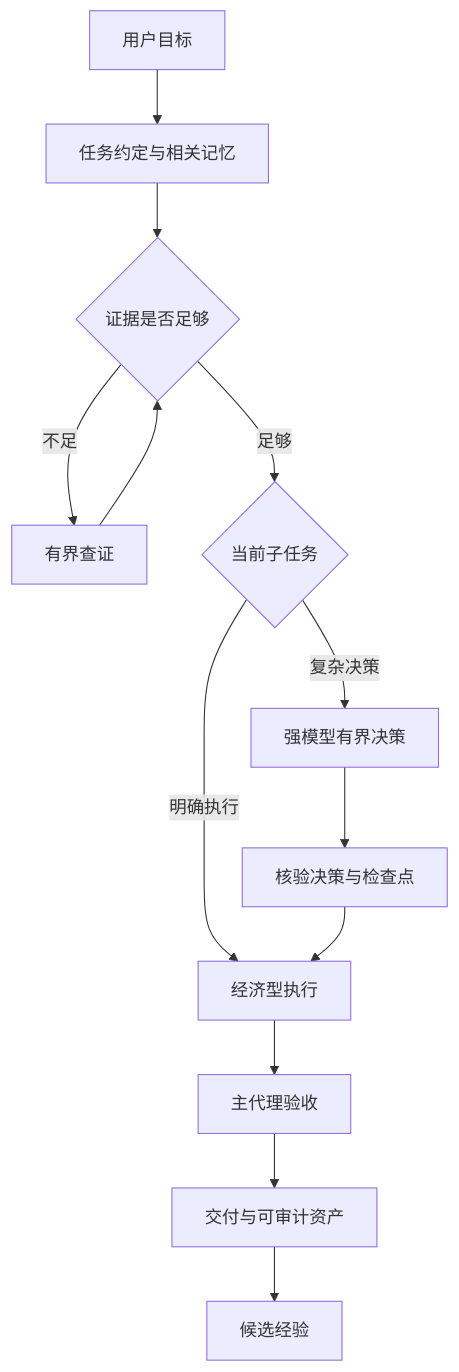
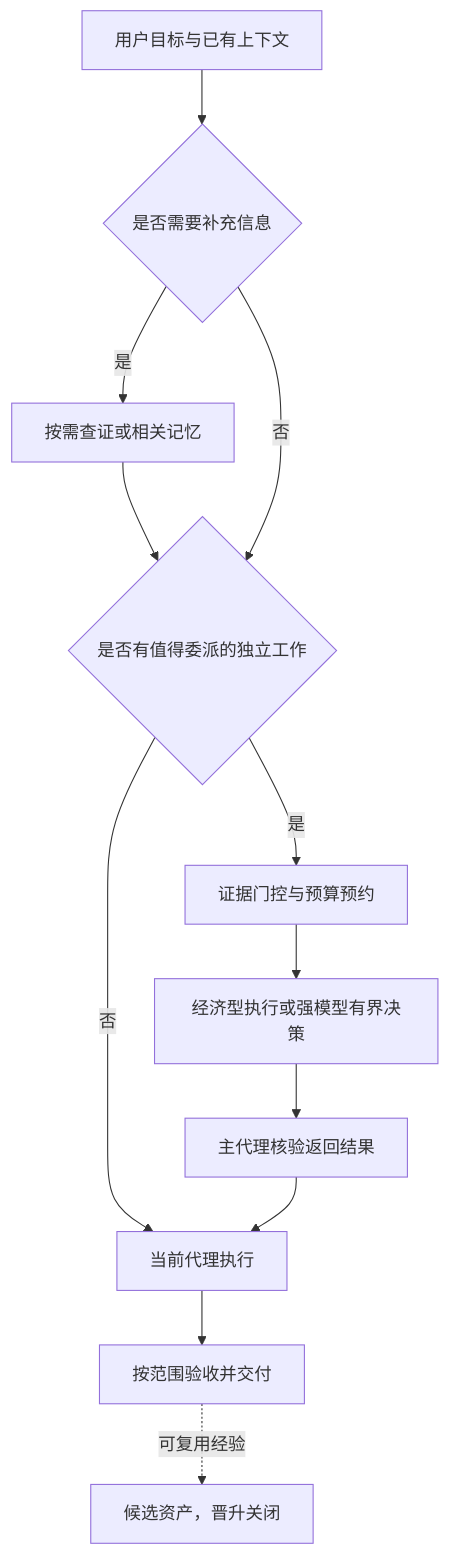
Before and after one commit to Rethymus/agent-cognitive-runtime: the diagram in README.md, drawn with Mermaid. The commit also changed other lines of this file and 27 other files, not shown here.

````diff
--- a/README.md
+++ b/README.md
@@ -69,15 +69,14 @@
 ```mermaid
 flowchart TD
-    A[用户目标] --> B[任务约定与相关记忆]
-    B --> C{证据是否足够}
-    C -->|不足| D[有界查证]
-    D --> C
-    C -->|足够| E{当前子任务}
-    E -->|明确执行| F[经济型执行]
-    E -->|复杂决策| G[强模型有界决策]
-    G --> H[核验决策与检查点]
-    H --> F
-    F --> I[主代理验收]
-    I --> J[交付与可审计资产]
-    J --> K[候选经验]
+    A[用户目标与已有上下文] --> B{是否需要补充信息}
+    B -->|是| C[按需查证或相关记忆]
+    C --> D{是否有值得委派的独立工作}
+    B -->|否| D
+    D -->|否| E[当前代理执行]
+    D -->|是| F[证据门控与预算预约]
+    F --> G[经济型执行或强模型有界决策]
+    G --> H[主代理核验返回结果]
+    H --> E
+    E --> I[按范围验收并交付]
+    I -. 可复用经验 .-> J[候选资产，晋升关闭]
 ```
````
